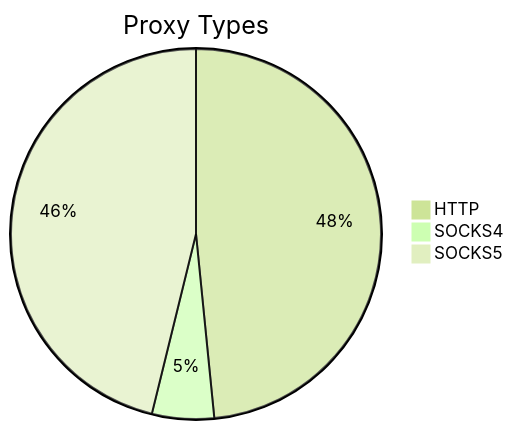
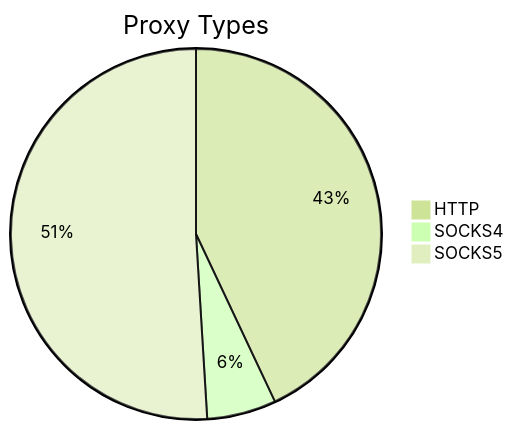
The first of 2 diagrams in README.md (stormsia/proxy-list), drawn with Mermaid (forest theme) before and after one commit. The commit also changed other lines of this file, not shown here.

````diff
--- a/README.md
+++ b/README.md
@@ -21,6 +21,6 @@
 ```mermaid
 pie title Proxy Types
-    "HTTP" : 322
-    "SOCKS4" : 36
-    "SOCKS5" : 307
+    "HTTP" : 356
+    "SOCKS4" : 50
+    "SOCKS5" : 422
 ```
````
